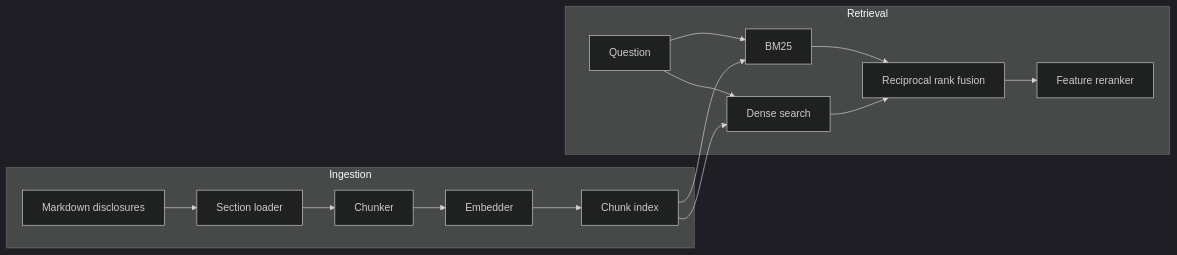
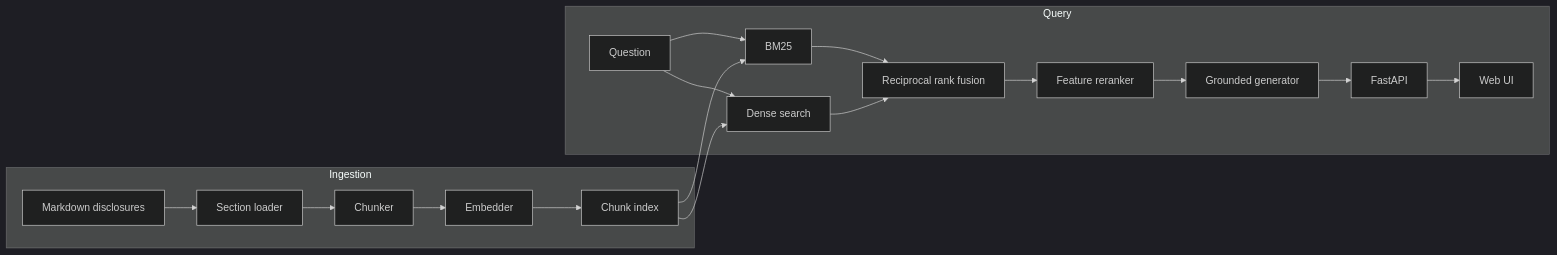
Before and after one commit to sydneyani/rag-eval-assistant: the diagram in README.md, drawn with Mermaid (dark theme). The commit also changed other lines of this file and 1 other file, not shown here.

First line of the commit message:
docs: document the API, UI, and cost labels

````diff
--- a/README.md
+++ b/README.md
@@ -11,18 +11,21 @@
 ```mermaid
 flowchart LR
   subgraph ingest [Ingestion]
     Docs[Markdown disclosures] --> Load[Section loader]
     Load --> Chunk[Chunker]
     Chunk --> Emb[Embedder]
     Emb --> Store[Chunk index]
   end
-  subgraph query [Retrieval]
+  subgraph query [Query]
     Q[Question] --> BM25[BM25]
     Q --> Dense[Dense search]
     Store --> BM25
     Store --> Dense
     BM25 --> RRF[Reciprocal rank fusion]
     Dense --> RRF
     RRF --> Rerank[Feature reranker]
+    Rerank --> Gen[Grounded generator]
+    Gen --> API[FastAPI]
+    API --> UI[Web UI]
   end
 ```
````
